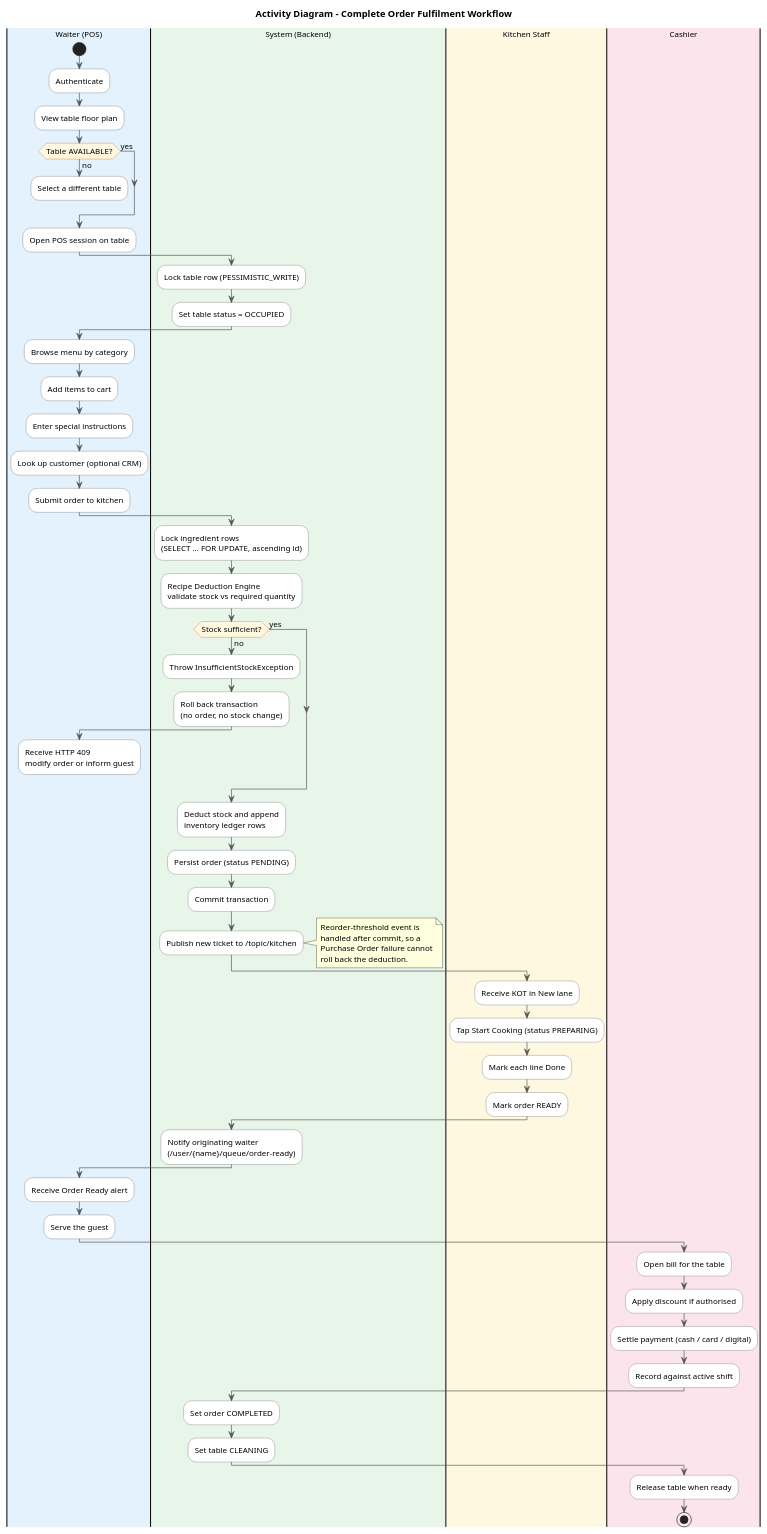
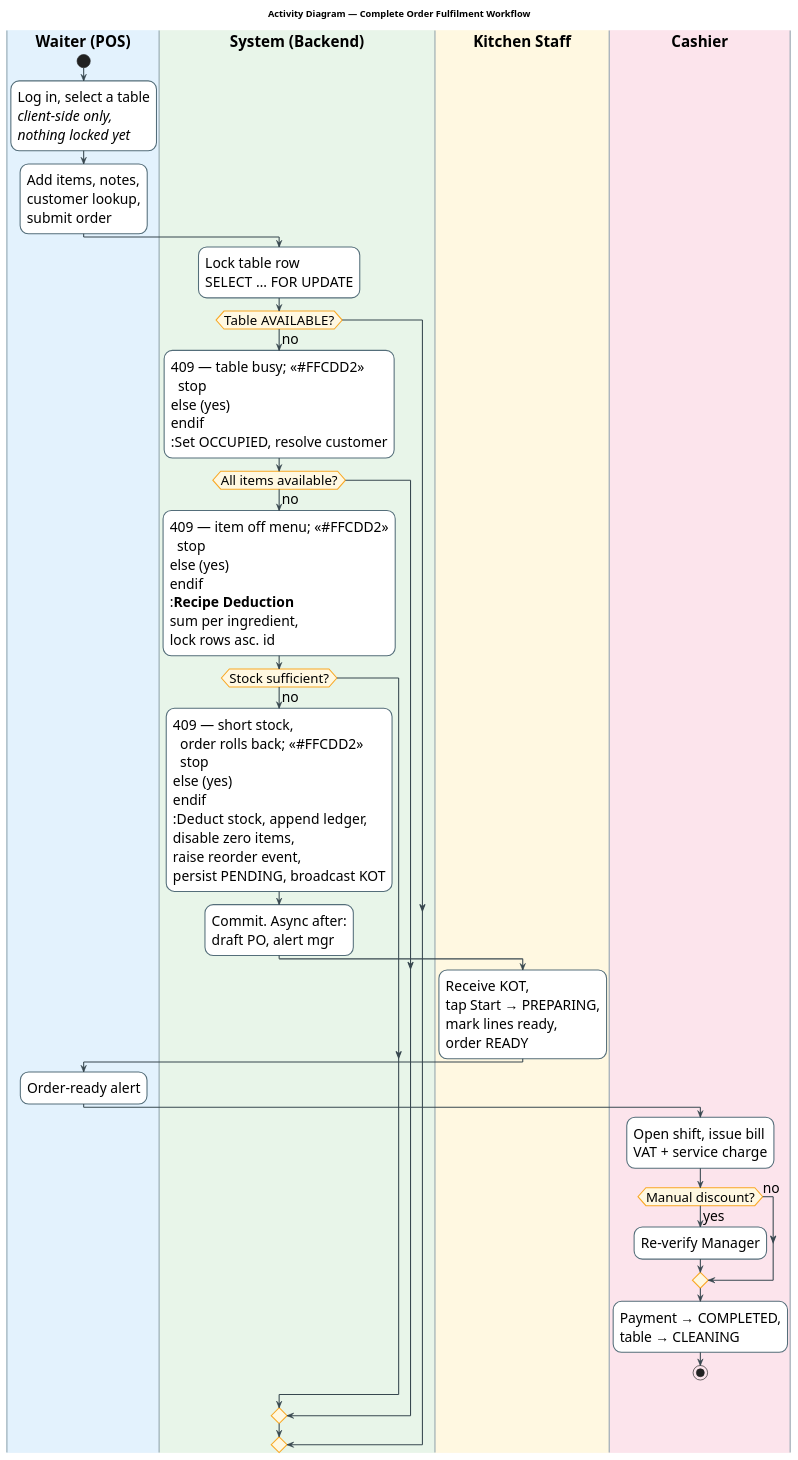
One commit to Buddhimal-Ramanayaka/restaurant-management-system changed the diagram in diagrams-source/fig3_7_activity.puml. Above: the diagram before and after it, drawn with PlantUML. The commit also changed 20 other files, not shown here.

First line of the commit message:
Update diagram sources to match the current system

```diff
--- a/diagrams-source/fig3_7_activity.puml
+++ b/diagrams-source/fig3_7_activity.puml
@@ -1,88 +1,114 @@
 @startuml
+' Figure 3.7 - Activity Diagram, Complete Order Fulfilment Workflow
+'
+' Theme follows the original figure: four coloured swimlanes, rounded actions, diamond
+' decisions, red failure branches.
+'
+' Sizing: each lane is as wide as its own widest node, and the four lane widths add up,
+' so every label is kept short and wrapped rather than run on. Sequential steps in one
+' lane are merged where they describe a single user action - each node removed saves its
+' padding and its incoming arrow.
+'
+' Two PlantUML notes, both learned the hard way on this figure:
+'   - "#COLOR:text;" is deprecated in this version. It prints a warning banner into the
+'     image AND swallows every following line into the node label. The supported form is
+'     ":text; <<#COLOR>>".
+'   - "partition" draws its box across every swimlane it touches, so the transaction
+'     boundary is carried by a note instead.
+'
+' Verified against PosPage.jsx (table selection is client-side state only),
+' OrderService.submitOrder, RecipeDeductionService.deductForOrder /
+' handlePostDeductionThresholds, InventoryAlertService, TableService and BillingService.
+
 skinparam backgroundColor #FFFFFF
 skinparam shadowing false
-skinparam defaultFontName "Segoe UI"
-skinparam defaultFontSize 12
-skinparam ArrowColor #555555
+skinparam defaultFontName "Arial"
+skinparam defaultFontSize 21
+skinparam ArrowThickness 1.5
+skinparam ArrowColor #37474F
+
 skinparam activity {
+  FontSize 21
+  BorderThickness 1.6
   BackgroundColor #FFFFFF
-  BorderColor #666666
+  BorderColor #546E7A
   DiamondBackgroundColor #FFF8E1
-  DiamondBorderColor #E65100
+  DiamondBorderColor #F9A825
+  DiamondFontSize 20
+  StartColor #212121
+  EndColor #212121
 }
-title Activity Diagram - Complete Order Fulfilment Workflow
+skinparam swimlane {
+  BorderColor #90A4AE
+  BorderThickness 1.6
+  TitleFontSize 23
+  TitleFontStyle bold
+}
+skinparam note {
+  FontSize 19
+  BackgroundColor #E8F5E9
+  BorderColor #2E7D32
+}
+
+title Activity Diagram — Complete Order Fulfilment Workflow
 
 |#E3F2FD|Waiter (POS)|
 start
-:Authenticate;
-:View table floor plan;
+:Log in, select a table
+<i>client-side only,</i>
+<i>nothing locked yet</i>;
+:Add items, notes,
+customer lookup,
+submit order;
+
+|#E8F5E9|System (Backend)|
+:Lock table row
+SELECT … FOR UPDATE;
 if (Table AVAILABLE?) then (no)
-  :Select a different table;
-  detach
+  :409 — table busy; <<#FFCDD2>>
+  stop
 else (yes)
 endif
-:Open POS session on table;
-
-|#E8F5E9|System (Backend)|
-:Lock table row (PESSIMISTIC_WRITE);
-:Set table status = OCCUPIED;
-
-|Waiter (POS)|
-:Browse menu by category;
-:Add items to cart;
-:Enter special instructions;
-:Look up customer (optional CRM);
-:Submit order to kitchen;
-
-|System (Backend)|
-:Lock ingredient rows\n(SELECT ... FOR UPDATE, ascending id);
-:Recipe Deduction Engine\nvalidate stock vs required quantity;
-if (Stock sufficient?) then (no)
-  :Throw InsufficientStockException;
-  :Roll back transaction\n(no order, no stock change);
-
-  |Waiter (POS)|
-  :Receive HTTP 409\nmodify order or inform guest;
-  detach
+:Set OCCUPIED, resolve customer;
+if (All items available?) then (no)
+  :409 — item off menu; <<#FFCDD2>>
+  stop
 else (yes)
 endif
-
-|System (Backend)|
-:Deduct stock and append\ninventory ledger rows;
-:Persist order (status PENDING);
-:Commit transaction;
-:Publish new ticket to /topic/kitchen;
-note right
-  Reorder-threshold event is
-  handled after commit, so a
-  Purchase Order failure cannot
-  roll back the deduction.
-end note
+:<b>Recipe Deduction</b>
+sum per ingredient,
+lock rows asc. id;
+if (Stock sufficient?) then (no)
+  :409 — short stock,
+  order rolls back; <<#FFCDD2>>
+  stop
+else (yes)
+endif
+:Deduct stock, append ledger,
+disable zero items,
+raise reorder event,
+persist PENDING, broadcast KOT;
+:Commit. Async after:
+draft PO, alert mgr;
 
 |#FFF8E1|Kitchen Staff|
-:Receive KOT in New lane;
-:Tap Start Cooking (status PREPARING);
-:Mark each line Done;
-:Mark order READY;
+:Receive KOT,
+tap Start → PREPARING,
+mark lines ready,
+order READY;
 
-|System (Backend)|
-:Notify originating waiter\n(/user/{name}/queue/order-ready);
-
-|Waiter (POS)|
-:Receive Order Ready alert;
-:Serve the guest;
+|#E3F2FD|Waiter (POS)|
+:Order-ready alert;
 
 |#FCE4EC|Cashier|
-:Open bill for the table;
-:Apply discount if authorised;
-:Settle payment (cash / card / digital);
-:Record against active shift;
+:Open shift, issue bill
+VAT + service charge;
+if (Manual discount?) then (yes)
+  :Re-verify Manager;
+else (no)
+endif
+:Payment → COMPLETED,
+table → CLEANING;
+stop
 
-|System (Backend)|
-:Set order COMPLETED;
-:Set table CLEANING;
-
-|Cashier|
-:Release table when ready;
-stop
 @enduml
```
